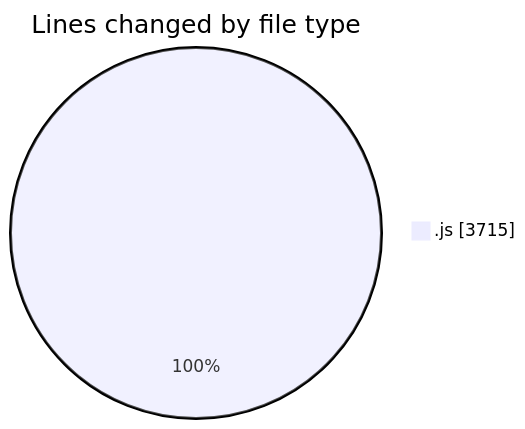
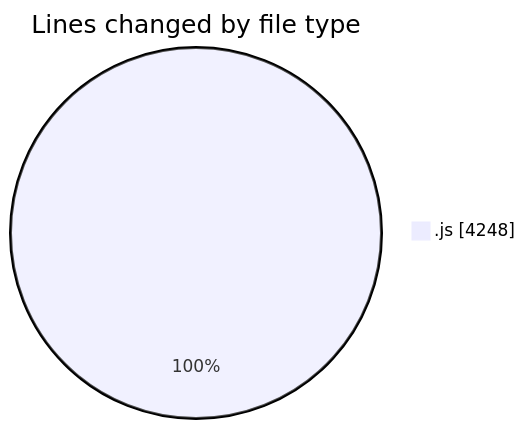
One commit to nxtqubesakshisongat/code-tracking changed the first of 2 diagrams in 2025-12-29/nxtqube_webapp/README.md. Above: the diagram before and after it, drawn with Mermaid. The commit also changed other lines of this file and 1 other file, not shown here.

````diff
--- a/2025-12-29/nxtqube_webapp/README.md
+++ b/2025-12-29/nxtqube_webapp/README.md
@@ -21,5 +22,5 @@
 ```mermaid
 pie showData
 title Lines changed by file type
-".js" : 3715
+".js" : 4248
 ```
````
